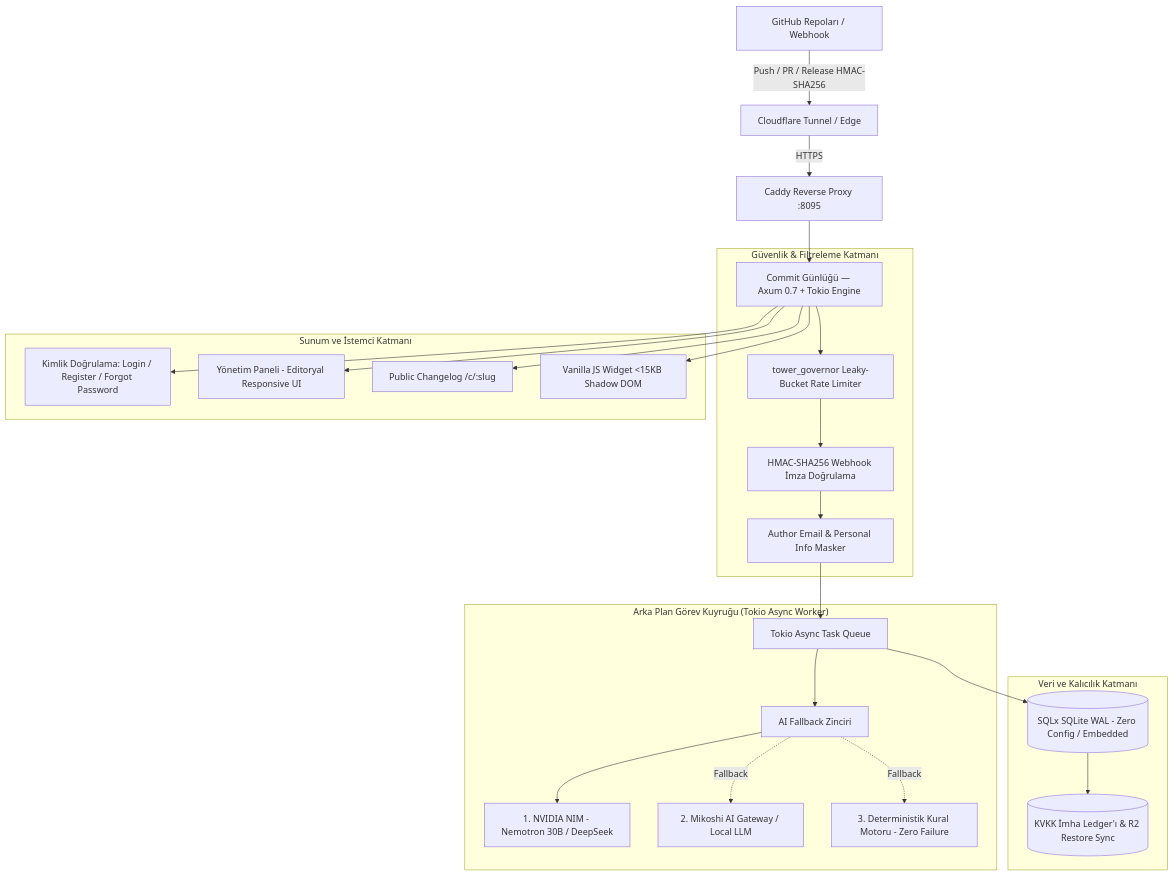
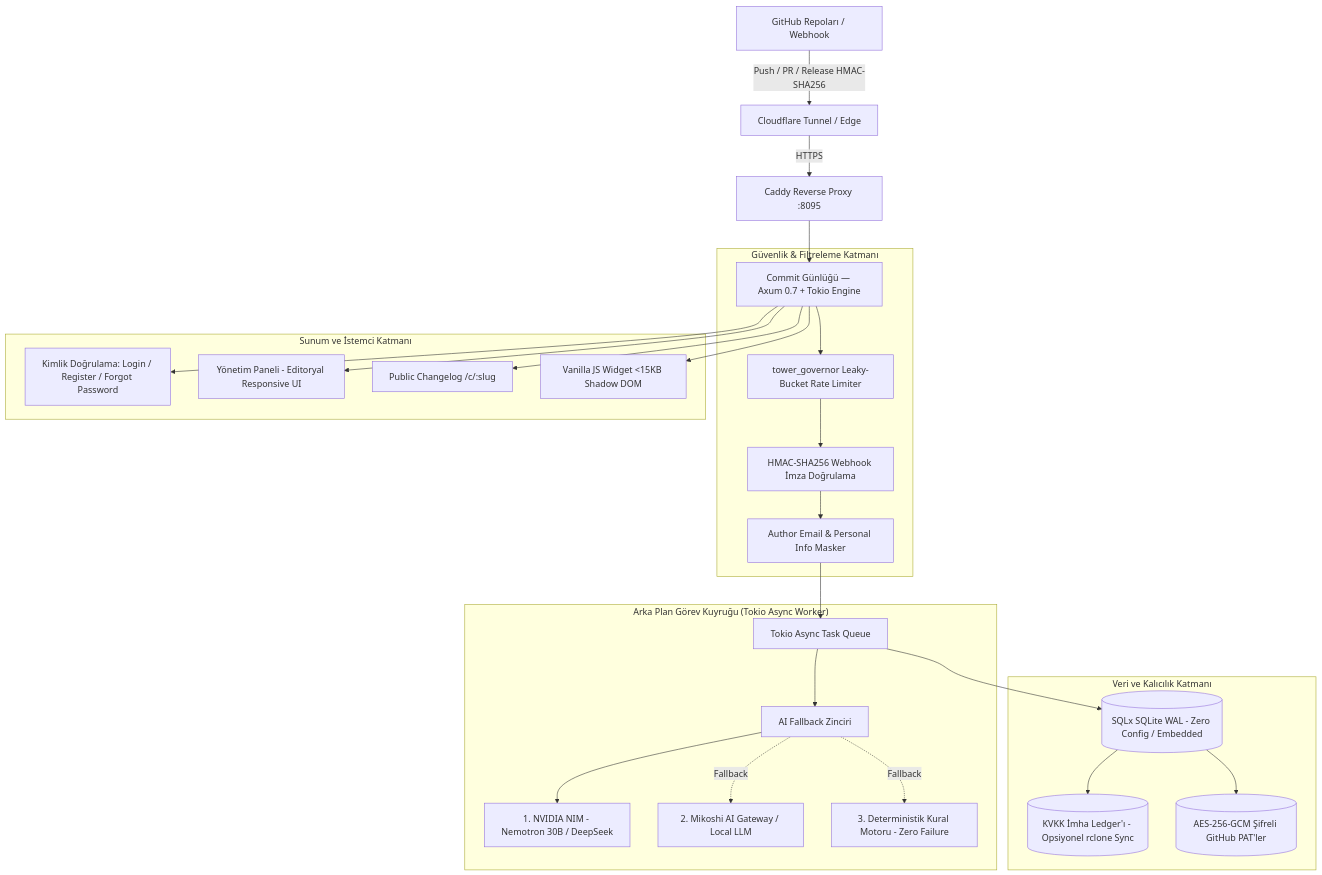
Before and after one commit to dixtuel/commit-gunlugu: the diagram in README.md, drawn with Mermaid. The commit also changed other lines of this file and 19 other files, not shown here.

````diff
--- a/README.md
+++ b/README.md
@@ -37,33 +40,34 @@
 ```mermaid
 graph TD
     GH[GitHub Repoları / Webhook] -->|Push / PR / Release HMAC-SHA256| Cloudflare[Cloudflare Tunnel / Edge]
     Cloudflare -->|HTTPS| Caddy[Caddy Reverse Proxy :8095]
     Caddy --> Axum[Commit Günlüğü — Axum 0.7 + Tokio Engine]
 
     subgraph "Güvenlik & Filtreleme Katmanı"
         Axum --> RateLimit[tower_governor Leaky-Bucket Rate Limiter]
         RateLimit --> HMACVerify[HMAC-SHA256 Webhook İmza Doğrulama]
         HMACVerify --> PrivacySanitizer[Author Email & Personal Info Masker]
     end
 
     subgraph "Arka Plan Görev Kuyruğu (Tokio Async Worker)"
         PrivacySanitizer --> TaskQueue[Tokio Async Task Queue]
         TaskQueue --> LLMChain[AI Fallback Zinciri]
         
         LLMChain --> Tier1[1. NVIDIA NIM - Nemotron 30B / DeepSeek]
         LLMChain -.->|Fallback| Tier2[2. Mikoshi AI Gateway / Local LLM]
         LLMChain -.->|Fallback| Tier3[3. Deterministik Kural Motoru - Zero Failure]
     end
 
     subgraph "Veri ve Kalıcılık Katmanı"
         TaskQueue --> SQLx[(SQLx SQLite WAL - Zero Config / Embedded)]
-        SQLx --> ErasureLedger[(KVKK İmha Ledger'ı & R2 Restore Sync)]
+        SQLx --> ErasureLedger[(KVKK İmha Ledger'ı - Opsiyonel rclone Sync)]
+        SQLx --> TokenCrypto[(AES-256-GCM Şifreli GitHub PAT'ler)]
     end
 
     subgraph "Sunum ve İstemci Katmanı"
         Axum --> AuthUI[Kimlik Doğrulama: Login / Register / Forgot Password]
         Axum --> DashboardUI[Yönetim Paneli - Editoryal Responsive UI]
         Axum --> PublicChangelog[Public Changelog /c/:slug]
         Axum --> WidgetScript[Vanilla JS Widget <15KB Shadow DOM]
     end
 ```
````
